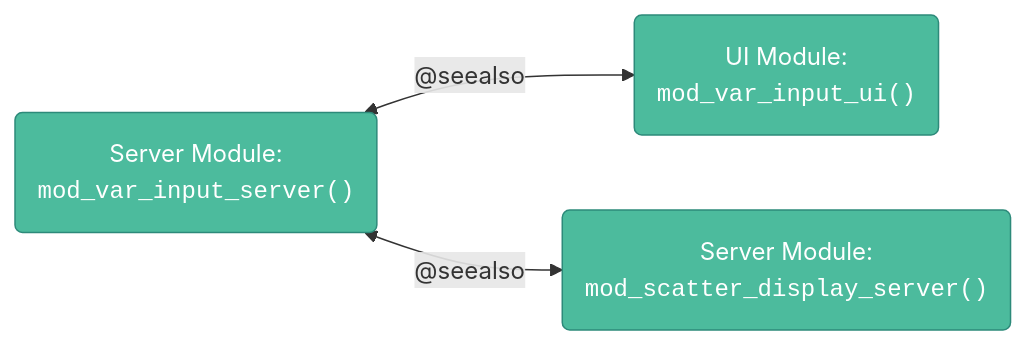
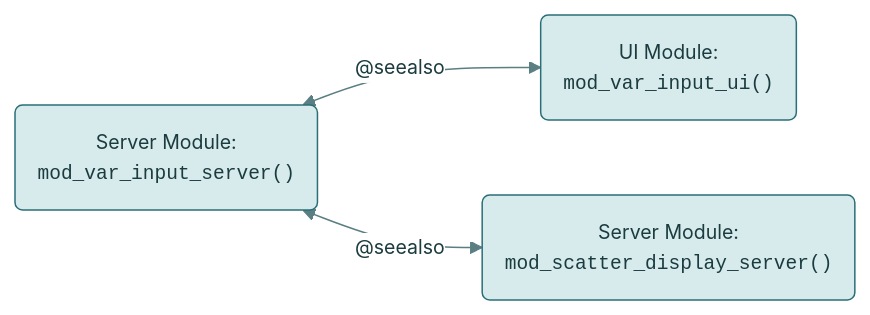
The third of 5 diagrams in document.qmd (mjfrigaard/shiny-app-pkgs), drawn with Mermaid before and after one commit. The commit also changed other lines of this file and 22 other files, not shown here.

First line of the commit message:
Standardize mermaid diagrams on the site teal palette

````diff
--- a/document.qmd
+++ b/document.qmd
@@ -692,16 +692,18 @@
 ```{mermaid}
 %%| fig-cap: ‘The `@seealso` tag’
 %%| fig-align: center
-%%{init: {‘theme’: ‘neutral’, ‘themeVariables’: { ‘fontFamily’: ‘monospace’, "fontSize":"13px"}}}%%
+%%{init: {'theme': 'base', 'themeVariables': { 'fontFamily': 'monospace', "fontSize":"13px", "primaryColor":"#D7EBEC", "primaryTextColor":"#1B3B3F", "primaryBorderColor":"#2A6F77", "lineColor":"#5A7F83", "edgeLabelBackground":"#FFFFFF", "clusterBkg":"#F3F8F8", "clusterBorder":"#2A6F77", "darkMode":false}}}%%
 flowchart LR
     mod_var_input_ui("UI Module:<br><code>mod_var_input_ui()</code>")
     mod_var_input_server("Server Module:<br><code>mod_var_input_server()</code>")
     mod_scatter_display_server("Server Module:<br><code>mod_scatter_display_server()</code>")
 
     mod_var_input_server <-->|"@seealso"|mod_var_input_ui
     mod_var_input_server <-->|"@seealso"|mod_scatter_display_server
 
-    style mod_var_input_ui fill:#4CBB9D,color:#fff,stroke:#2d8a7a,stroke-width:1px
-    style mod_var_input_server fill:#4CBB9D,color:#fff,stroke:#2d8a7a,stroke-width:1px
-    style mod_scatter_display_server fill:#4CBB9D,color:#fff,stroke:#2d8a7a,stroke-width:1px
+    classDef term fill:#2A6F77,color:#FFFFFF,stroke:#1B4F55,stroke-width:1px
+    classDef step fill:#D7EBEC,color:#1B3B3F,stroke:#2A6F77,stroke-width:1px
+    classDef decision fill:#F4C26B,color:#3D2A00,stroke:#B7832B,stroke-width:1px
+    classDef io fill:#FFFFFF,color:#1B3B3F,stroke:#2A6F77,stroke-width:1px
+    class mod_var_input_ui,mod_var_input_server,mod_scatter_display_server step
 ```
````
